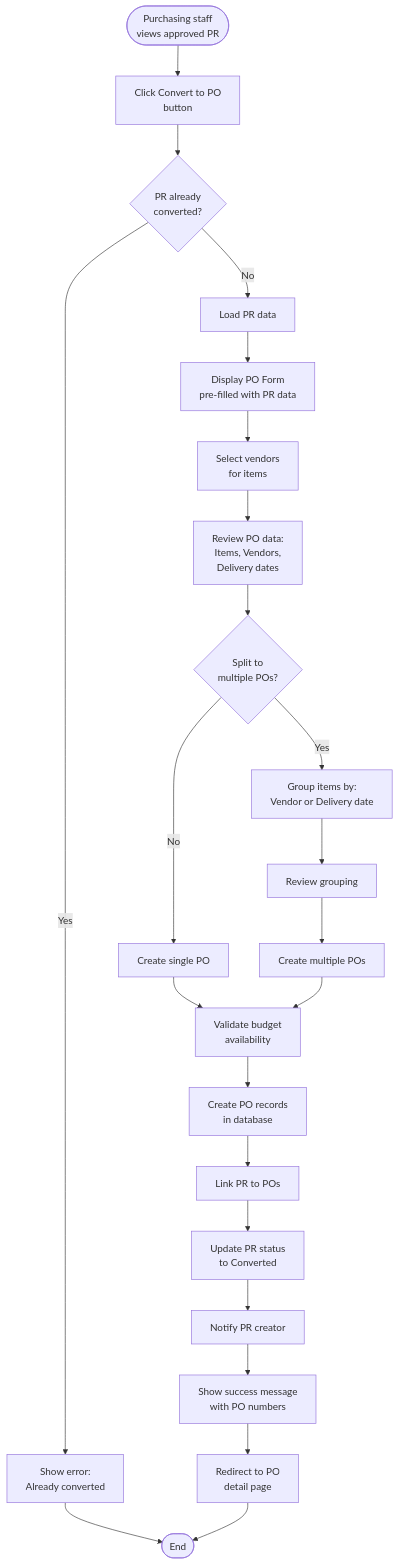
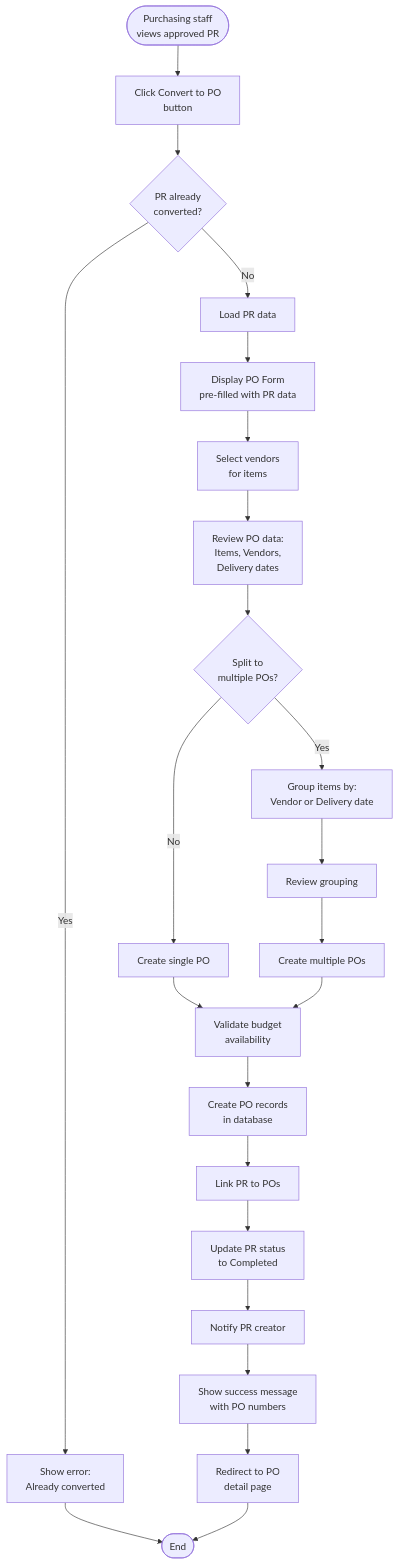
The fifth of 9 diagrams in docs/app/procurement/purchase-requests/TS-purchase-requests.md (CarmenSoftware-organization/carmen), drawn with Mermaid before and after one commit. The commit also changed other lines of this file and 1788 other files, not shown here.

````diff
--- a/docs/app/procurement/purchase-requests/TS-purchase-requests.md
+++ b/docs/app/procurement/purchase-requests/TS-purchase-requests.md
@@ -404,41 +420,41 @@
 ```mermaid
 flowchart TD
     Start([Purchasing staff<br/>views approved PR]) --> ClickConvert[Click Convert to PO<br/>button]
 
     ClickConvert --> ValidatePR{PR already<br/>converted?}
 
     ValidatePR -->|Yes| ShowError[Show error:<br/>Already converted]
     ValidatePR -->|No| LoadPRData[Load PR data]
 
     LoadPRData --> POForm[Display PO Form<br/>pre-filled with PR data]
 
     POForm --> SelectVendors[Select vendors<br/>for items]
 
     SelectVendors --> ReviewData[Review PO data:<br/>Items, Vendors,<br/>Delivery dates]
 
     ReviewData --> SplitChoice{Split to<br/>multiple POs?}
 
     SplitChoice -->|No| SinglePO[Create single PO]
     SplitChoice -->|Yes| GroupItems[Group items by:<br/>Vendor or Delivery date]
 
     GroupItems --> ReviewGroups[Review grouping]
     ReviewGroups --> CreateMultiplePOs[Create multiple POs]
 
     SinglePO --> ValidateBudget[Validate budget<br/>availability]
     CreateMultiplePOs --> ValidateBudget
 
     ValidateBudget --> CreatePOs[Create PO records<br/>in database]
 
     CreatePOs --> LinkPRPO[Link PR to POs]
 
-    LinkPRPO --> UpdatePRStatus[Update PR status<br/>to Converted]
+    LinkPRPO --> UpdatePRStatus[Update PR status<br/>to Completed]
 
     UpdatePRStatus --> NotifyCreator[Notify PR creator]
 
     NotifyCreator --> ShowSuccess[Show success message<br/>with PO numbers]
 
     ShowSuccess --> RedirectPO[Redirect to PO<br/>detail page]
 
     ShowError --> End([End])
     RedirectPO --> End
 ```
````
